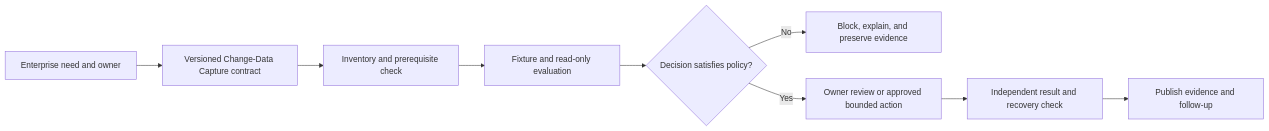
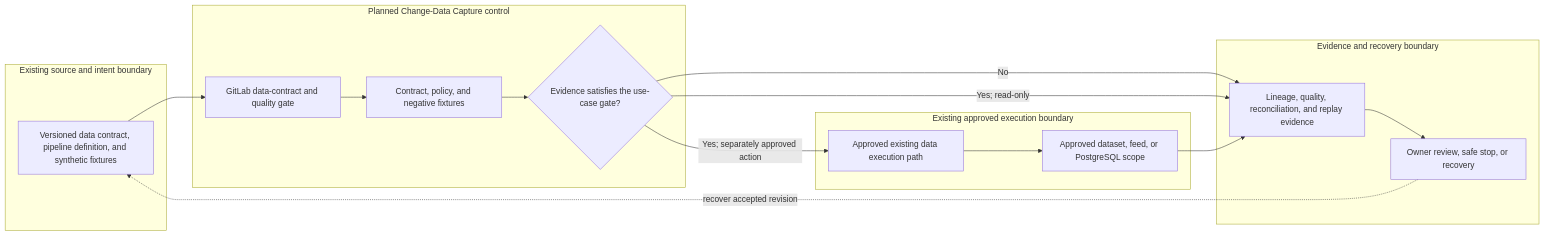
The diagram in docs/use-cases/data/UC-DATA-004-change-data-capture.md (MIDHTECH/enterprise-architecture-docs), drawn with Mermaid before and after one commit. The commit also changed other lines of this file and 227 other files, not shown here.

Commit message:
Deepen architecture for all use case designs

````diff
--- a/docs/use-cases/data/UC-DATA-004-change-data-capture.md
+++ b/docs/use-cases/data/UC-DATA-004-change-data-capture.md
@@ -136,11 +129,25 @@
 ```mermaid
 flowchart LR
-    Need["Enterprise need and owner"] --> Contract["Versioned Change-Data Capture contract"]
-    Contract --> Preflight["Inventory and prerequisite check"]
-    Preflight --> Evaluate["Fixture and read-only evaluation"]
-    Evaluate --> Decision{"Decision satisfies policy?"}
-    Decision -->|No| Stop["Block, explain, and preserve evidence"]
-    Decision -->|Yes| Review["Owner review or approved bounded action"]
-    Review --> Verify["Independent result and recovery check"]
-    Verify --> Publish["Publish evidence and follow-up"]
+    subgraph Source["Existing source and intent boundary"]
+        A["Versioned data contract, pipeline definition, and synthetic fixtures"]
+    end
+    subgraph Planned["Planned Change-Data Capture control"]
+        B["GitLab data-contract and quality gate"]
+        C["Contract, policy, and negative fixtures"]
+        D{"Evidence satisfies the use-case gate?"}
+    end
+    subgraph Runtime["Existing approved execution boundary"]
+        E["Approved existing data execution path"]
+        F["Approved dataset, feed, or PostgreSQL scope"]
+    end
+    subgraph Assurance["Evidence and recovery boundary"]
+        G["Lineage, quality, reconciliation, and replay evidence"]
+        H["Owner review, safe stop, or recovery"]
+    end
+
+    A --> B --> C --> D
+    D -->|No| G --> H
+    D -->|Yes; read-only| G
+    D -->|Yes; separately approved action| E --> F --> G
+    H -. recover accepted revision .-> A
 ```
````
